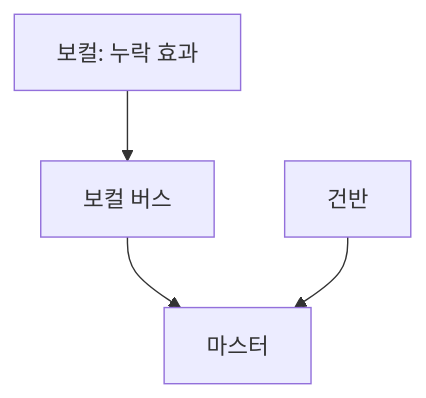
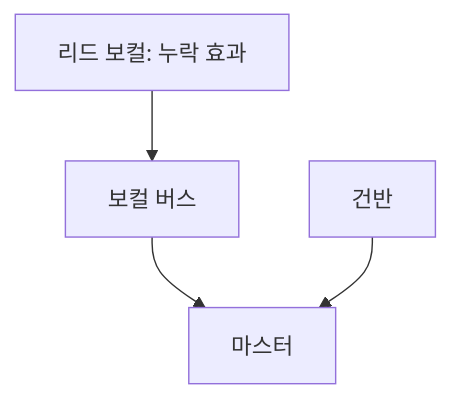
The diagram in content/posts/ayotbi-missing-plugins.md (whizzkid1452/blog), drawn with Mermaid before and after one commit. The commit also changed other lines of this file and 23 other files, not shown here.

````diff
--- a/content/posts/ayotbi-missing-plugins.md
+++ b/content/posts/ayotbi-missing-plugins.md
@@ -35,6 +39,6 @@
 ```mermaid
 flowchart TD
-    V["보컬: 누락 효과"] --> B["보컬 버스"]
+    V["리드 보컬: 누락 효과"] --> B["보컬 버스"]
     B --> M["마스터"]
     K["건반"] --> M
 ```
````
